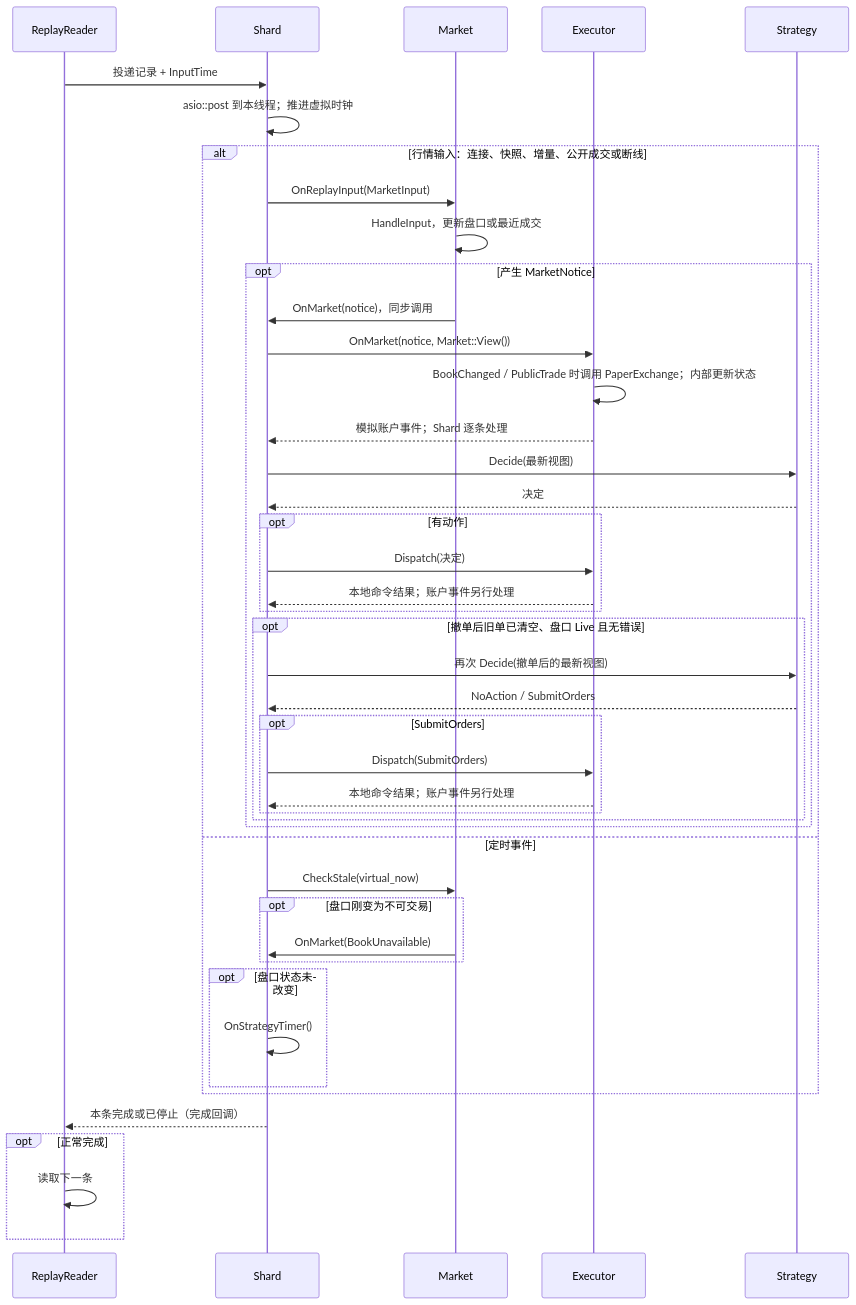
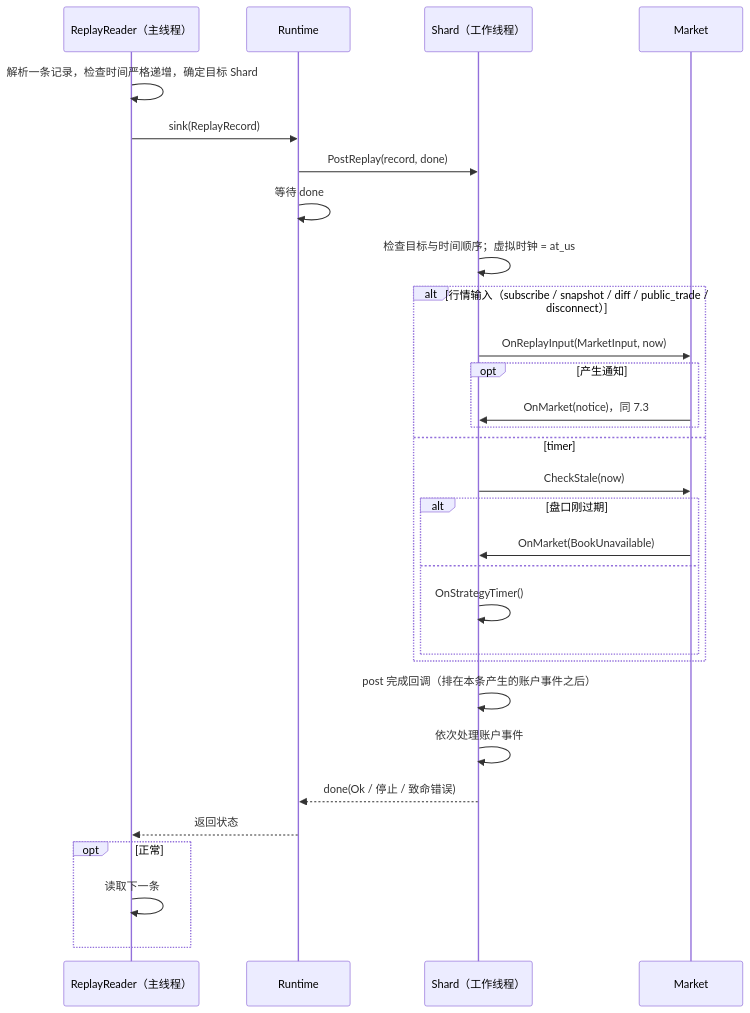
The eighth of 12 diagrams in docs/DESIGN.md (larrystd/hbot-quant), drawn with Mermaid before and after one commit. The commit also changed other lines of this file and 57 other files, not shown here.

```diff
--- a/docs/DESIGN.md
+++ b/docs/DESIGN.md
@@ -343,46 +751,32 @@
 ~~~mermaid
 sequenceDiagram
-    participant F as ReplayReader
-    participant S as Shard
+    participant F as ReplayReader（主线程）
+    participant R as Runtime
+    participant S as Shard（工作线程）
     participant M as Market
-    participant E as Executor
-    participant P as Strategy
-    F->>S: 投递记录 + InputTime
-    S->>S: asio::post 到本线程；推进虚拟时钟
-    alt 行情输入：连接、快照、增量、公开成交或断线
-        S->>M: OnReplayInput(MarketInput)
-        M->>M: HandleInput，更新盘口或最近成交
-        opt 产生 MarketNotice
-            M->>S: OnMarket(notice)，同步调用
-            S->>E: OnMarket(notice, Market::View())
-            E->>E: BookChanged / PublicTrade 时调用 PaperExchange；内部更新状态
-            E-->>S: 模拟账户事件；Shard 逐条处理
-            S->>P: Decide(最新视图)
-            P-->>S: 决定
-            opt 有动作
-                S->>E: Dispatch(决定)
-                E-->>S: 本地命令结果；账户事件另行处理
-            end
-            opt 撤单后旧单已清空、盘口 Live 且无错误
-                S->>P: 再次 Decide(撤单后的最新视图)
-                P-->>S: NoAction / SubmitOrders
-                opt SubmitOrders
-                    S->>E: Dispatch(SubmitOrders)
-                    E-->>S: 本地命令结果；账户事件另行处理
-                end
-            end
+    F->>F: 解析一条记录，检查时间严格递增，确定目标 Shard
+    F->>R: sink(ReplayRecord)
+    R->>S: PostReplay(record, done)
+    R->>R: 等待 done
+    S->>S: 检查目标与时间顺序；虚拟时钟 = at_us
+    alt 行情输入（subscribe / snapshot / diff / public_trade / disconnect）
+        S->>M: OnReplayInput(MarketInput, now)
+        opt 产生通知
+            M->>S: OnMarket(notice)，同 7.3
         end
-    else 定时事件
-        S->>M: CheckStale(virtual_now)
-        opt 盘口刚变为不可交易
+    else timer
+        S->>M: CheckStale(now)
+        alt 盘口刚过期
             M->>S: OnMarket(BookUnavailable)
-        end
-        opt 盘口状态未改变
+        else
             S->>S: OnStrategyTimer()
         end
     end
-    S-->>F: 本条完成或已停止（完成回调）
-    opt 正常完成
+    S->>S: post 完成回调（排在本条产生的账户事件之后）
+    S->>S: 依次处理账户事件
+    S-->>R: done(Ok / 停止 / 致命错误)
+    R-->>F: 返回状态
+    opt 正常
         F->>F: 读取下一条
     end
 ~~~
```
